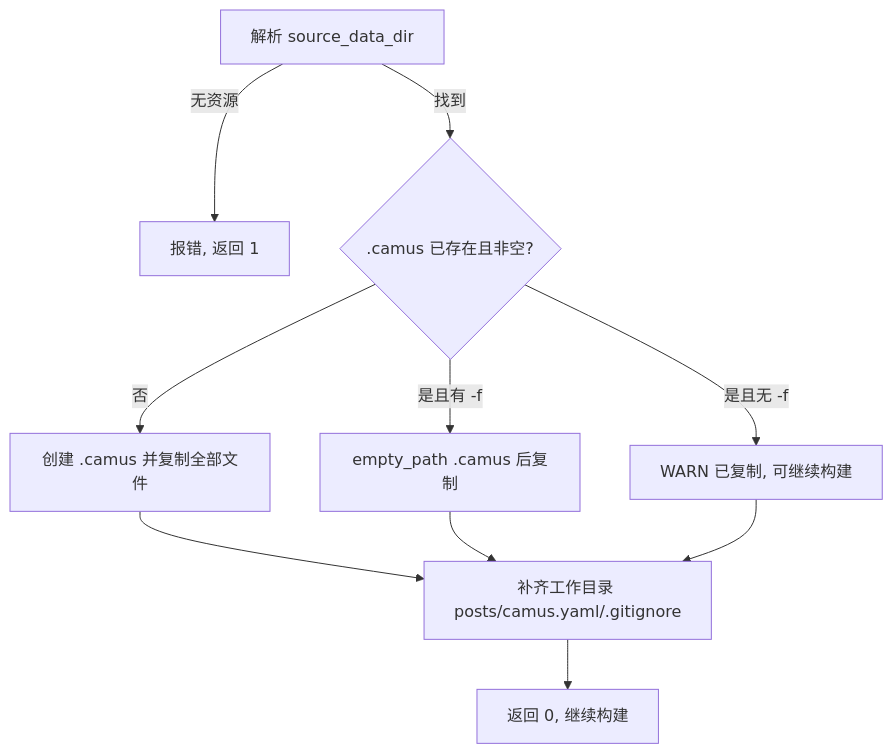
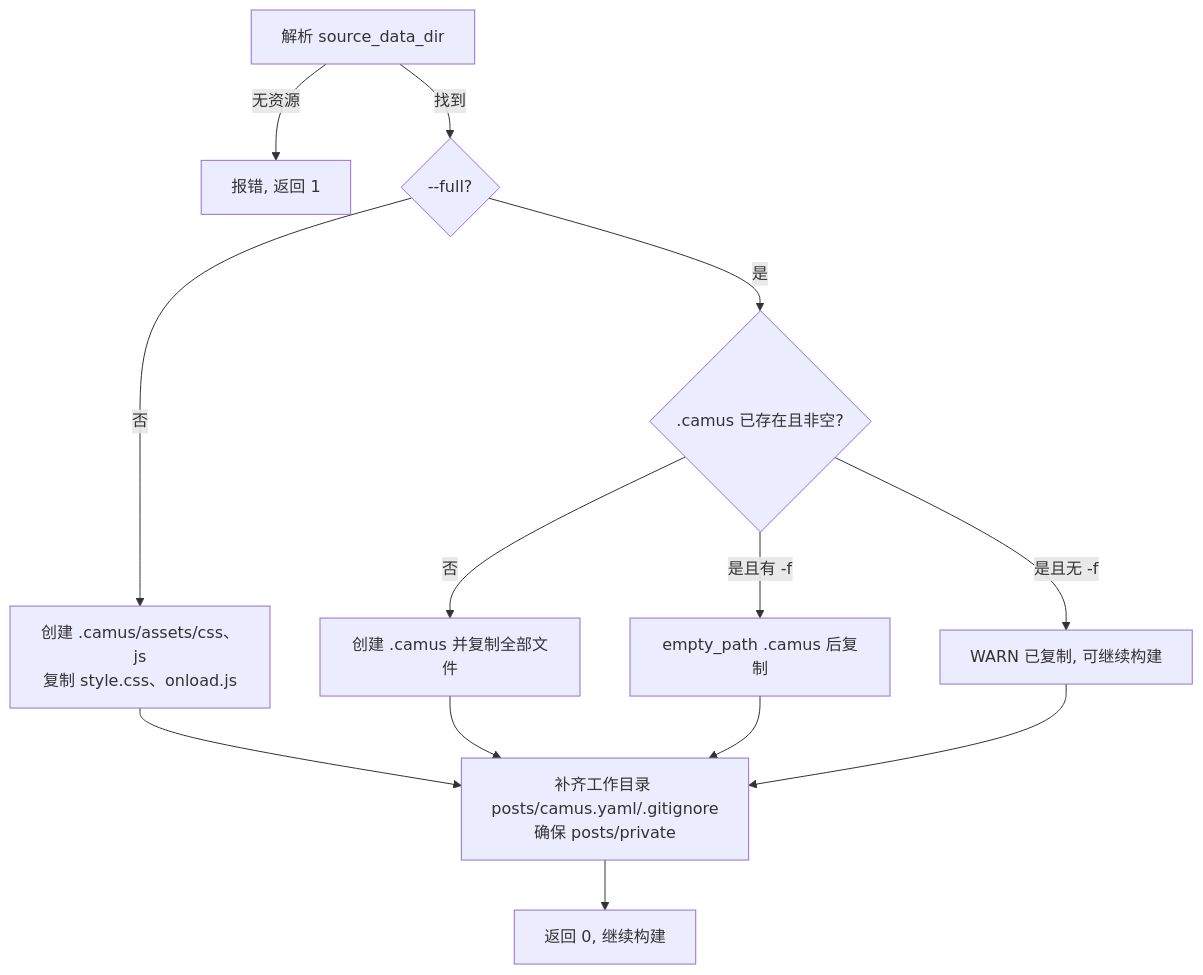
One commit to o8x/camus changed the second of 2 diagrams in docs/prd/08-template-install.md. Above: the diagram before and after it, drawn with Mermaid. The commit also changed other lines of this file and 14 other files, not shown here.

````diff
--- a/docs/prd/08-template-install.md
+++ b/docs/prd/08-template-install.md
@@ -67,12 +75,15 @@
 ```mermaid
 flowchart TD
     A[解析 source_data_dir] -->|无资源| X[报错, 返回 1]
-    A -->|找到| B{.camus 已存在且非空?}
+    A -->|找到| F{--full?}
+    F -->|否| M[创建 .camus/assets/css、js<br/>复制 style.css、onload.js]
+    M --> S[补齐工作目录 posts/camus.yaml/.gitignore<br/>确保 posts/private]
+    F -->|是| B{.camus 已存在且非空?}
     B -->|否| D[创建 .camus 并复制全部文件]
     B -->|是且无 -f| W[WARN 已复制, 可继续构建]
     B -->|是且有 -f| C[empty_path .camus 后复制]
-    D --> S[补齐工作目录 posts/camus.yaml/.gitignore]
+    D --> S
     C --> S
     W --> S
     S --> OK[返回 0, 继续构建]
 ```
````
